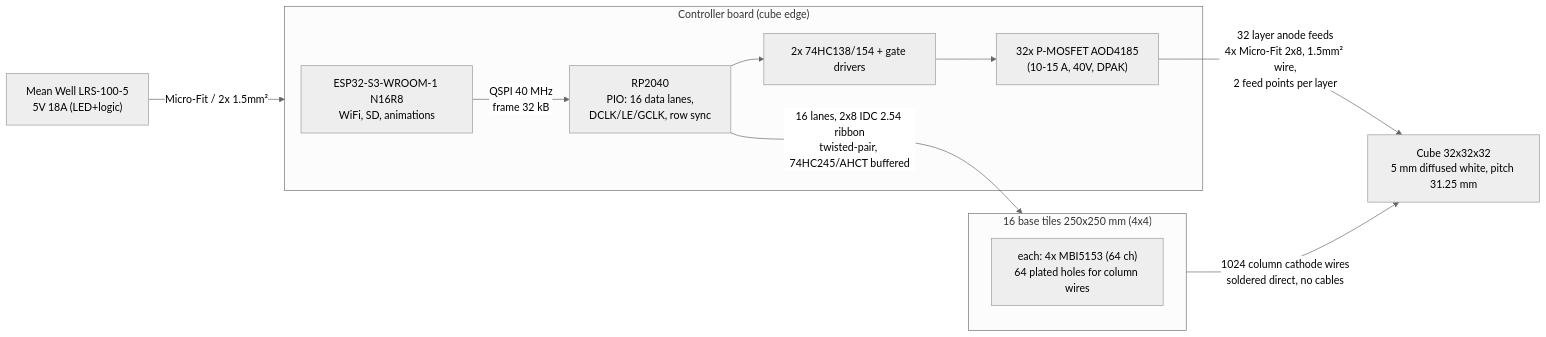
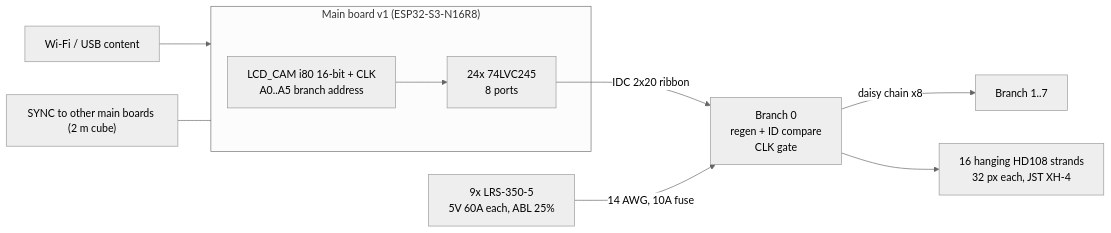
The diagram in docs/block_diagram.mmd (illiapliukhin/led-cube-32-controller), drawn with Mermaid (neutral theme) before and after one commit. The commit also changed 33 other files, not shown here.

Commit message:
v2 architecture: RGB hanging HD108 strands, sizing 32^3..128^3, branch schematic (ERC 0), archive mono tile WIP

```diff
--- a/docs/block_diagram.mmd
+++ b/docs/block_diagram.mmd
@@ -1,13 +1,10 @@
 flowchart LR
-  PSU["Mean Well LRS-100-5<br/>5V 18A (LED+logic)"] -->|"Micro-Fit / 2x 1.5mm²"| CTRL
-  subgraph CTRL["Controller board (cube edge)"]
-    ESP["ESP32-S3-WROOM-1 N16R8<br/>WiFi, SD, animations"] -->|"QSPI 40 MHz<br/>frame 32 kB"| RP["RP2040<br/>PIO: 16 data lanes,<br/>DCLK/LE/GCLK, row sync"]
-    RP --> DEC["2x 74HC138/154 + gate drivers"]
-    DEC --> FET["32x P-MOSFET AOD4185<br/>(10-15 A, 40V, DPAK)"]
+  WIFI["Wi-Fi / USB content"] --> MB
+  subgraph MB["Main board v1 (ESP32-S3-N16R8)"]
+    ESP["LCD_CAM i80 16-bit + CLK<br/>A0..A5 branch address"] --> DRV["24x 74LVC245<br/>8 ports"]
   end
-  FET -->|"32 layer anode feeds<br/>4x Micro-Fit 2x8, 1.5mm² wire,<br/>2 feed points per layer"| CUBE
-  RP -->|"16 lanes, 2x8 IDC 2.54 ribbon<br/>twisted-pair, 74HC245/AHCT buffered"| T
-  subgraph T["16 base tiles 250x250 mm (4x4)"]
-    D["each: 4x MBI5153 (64 ch)<br/>64 plated holes for column wires"]
-  end
-  T -->|"1024 column cathode wires<br/>soldered direct, no cables"| CUBE["Cube 32x32x32<br/>5 mm diffused white, pitch 31.25 mm"]
+  DRV -->|"IDC 2x20 ribbon"| B1["Branch 0<br/>regen + ID compare<br/>CLK gate"]
+  B1 -->|"daisy chain x8"| B2["Branch 1..7"]
+  B1 --> S1["16 hanging HD108 strands<br/>32 px each, JST XH-4"]
+  PSU["9x LRS-350-5<br/>5V 60A each, ABL 25%"] -->|"14 AWG, 10A fuse"| B1
+  SYNC["SYNC to other main boards (2 m cube)"] --- MB
```
